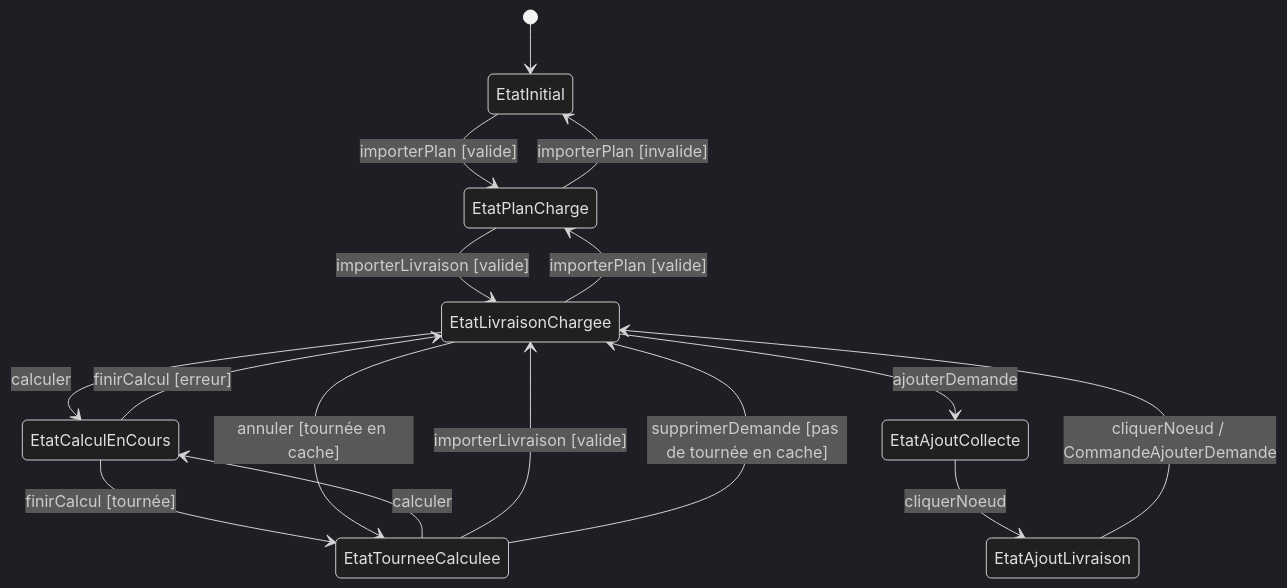
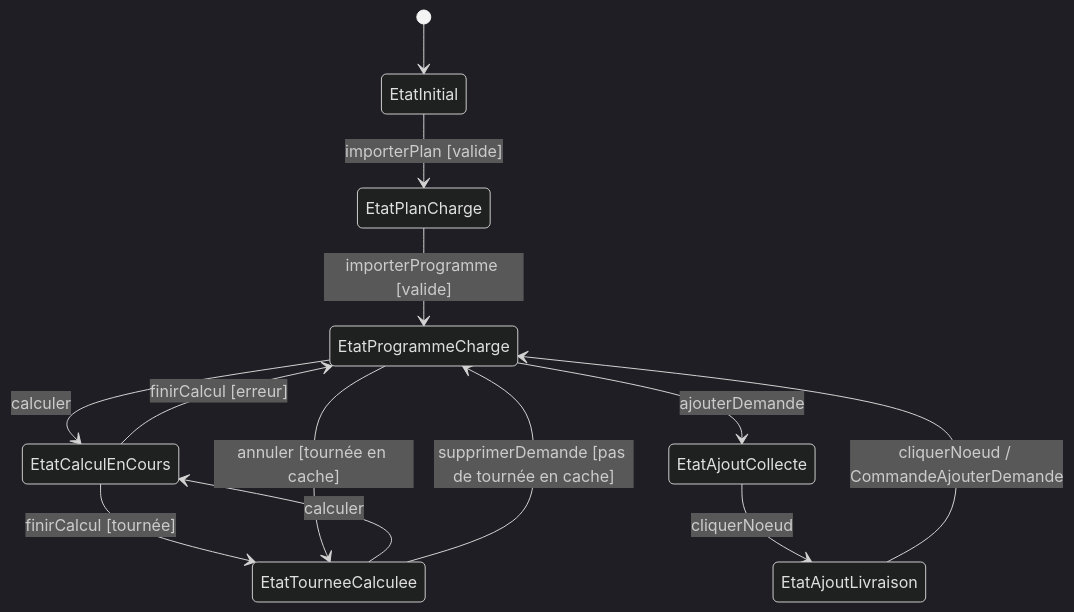
Before and after one commit to tristanhp/Optimod-Lyon: the first of 3 diagrams in docs/diagrams/README.md, drawn with Mermaid (dark theme). The commit also changed other lines of this file and 65 other files, not shown here.

````diff
--- a/docs/diagrams/README.md
+++ b/docs/diagrams/README.md
@@ -132,18 +34,15 @@
 ```mermaid
 stateDiagram-v2
     [*] --> EtatInitial
     EtatInitial --> EtatPlanCharge : importerPlan [valide]
-    EtatPlanCharge --> EtatLivraisonChargee : importerLivraison [valide]
-    EtatLivraisonChargee --> EtatCalculEnCours : calculer
+    EtatPlanCharge --> EtatProgrammeCharge : importerProgramme [valide]
+    EtatProgrammeCharge --> EtatCalculEnCours : calculer
     EtatCalculEnCours --> EtatTourneeCalculee : finirCalcul [tournée]
-    EtatCalculEnCours --> EtatLivraisonChargee : finirCalcul [erreur]
+    EtatCalculEnCours --> EtatProgrammeCharge : finirCalcul [erreur]
     EtatTourneeCalculee --> EtatCalculEnCours : calculer
-    EtatTourneeCalculee --> EtatLivraisonChargee : importerLivraison [valide]
-    EtatPlanCharge --> EtatInitial : importerPlan [invalide]
-    EtatLivraisonChargee --> EtatPlanCharge : importerPlan [valide]
-    EtatLivraisonChargee --> EtatAjoutCollecte : ajouterDemande
+    EtatProgrammeCharge --> EtatAjoutCollecte : ajouterDemande
     EtatAjoutCollecte --> EtatAjoutLivraison : cliquerNoeud
-    EtatAjoutLivraison --> EtatLivraisonChargee : cliquerNoeud / CommandeAjouterDemande
-    EtatTourneeCalculee --> EtatLivraisonChargee : supprimerDemande [pas de tournée en cache]
-    EtatLivraisonChargee --> EtatTourneeCalculee : annuler [tournée en cache]
+    EtatAjoutLivraison --> EtatProgrammeCharge : cliquerNoeud / CommandeAjouterDemande
+    EtatTourneeCalculee --> EtatProgrammeCharge : supprimerDemande [pas de tournée en cache]
+    EtatProgrammeCharge --> EtatTourneeCalculee : annuler [tournée en cache]
 ```
````
